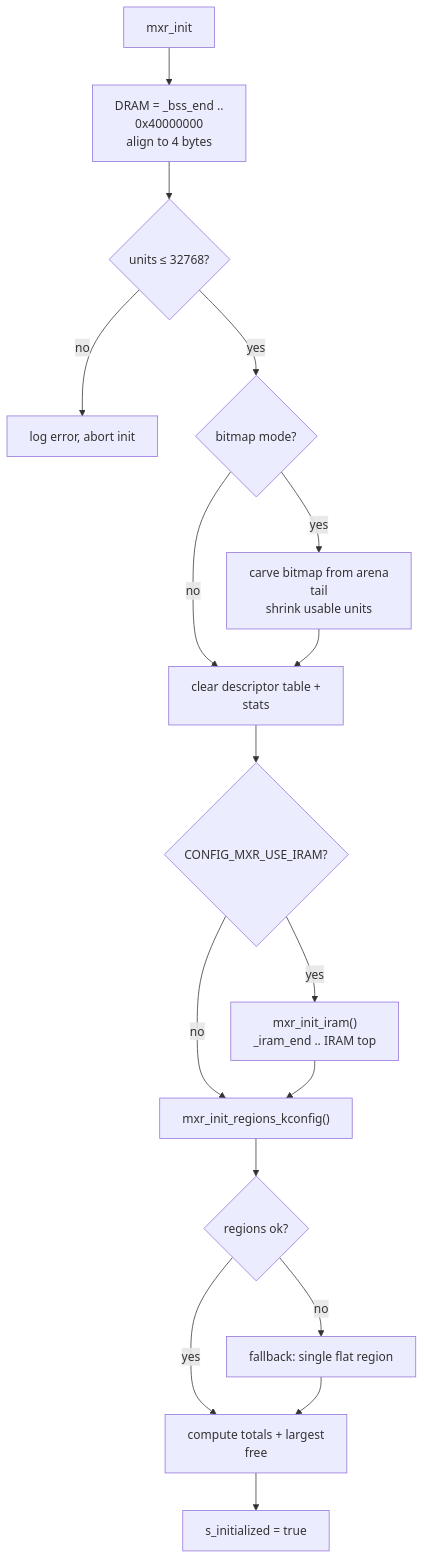
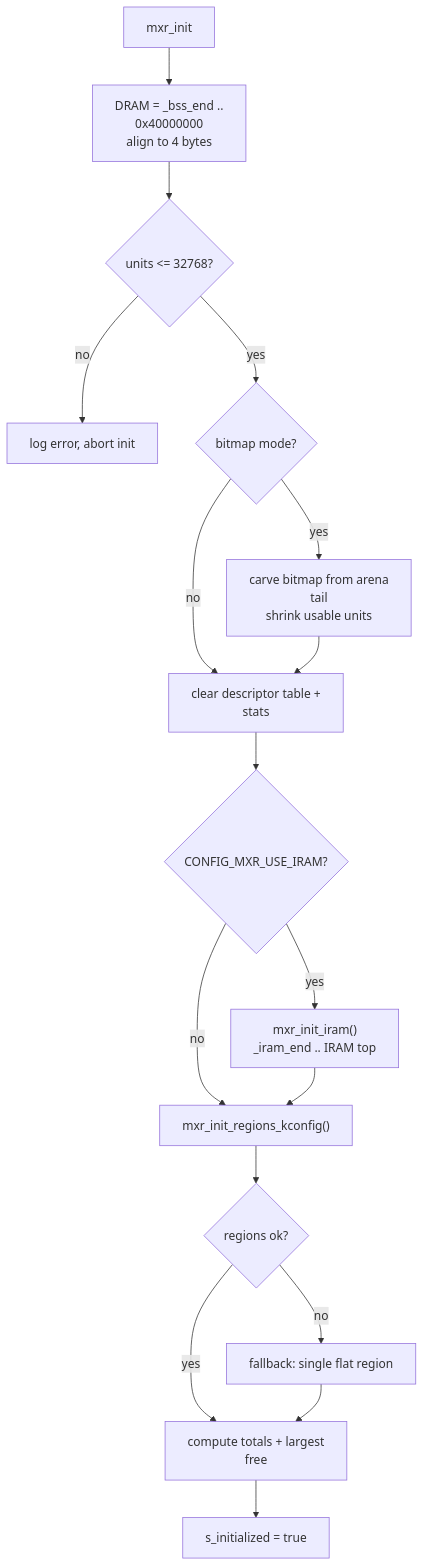
One commit to Dzantemir/MXR-MALLOC changed the fifth of 5 diagrams in README.md. Above: the diagram before and after it, drawn with Mermaid. The commit also changed other lines of this file, not shown here.

````diff
--- a/README.md
+++ b/README.md
@@ -412,33 +412,33 @@
 ```mermaid
 flowchart TD
     I["mxr_init"]
-    Bounds["DRAM = _bss_end ..<br/>0x40000000<br/>align to 4 bytes"]
-    SizeOk{"units ≤ 32768?"}
+    Bounds["DRAM = _bss_end ..<br>0x40000000<br>align to 4 bytes"]
+    SizeOk{"units <= 32768?"}
     Abort["log error, abort init"]
     Bitmap{"bitmap mode?"}
-    Carve["carve bitmap from arena<br/>tail<br/>shrink usable units"]
-    Clear["clear descriptor table +<br/>stats"]
+    Carve["carve bitmap from arena<br>tail<br>shrink usable units"]
+    Clear["clear descriptor table +<br>stats"]
     Iram{"CONFIG_MXR_USE_IRAM?"}
-    IramInit["mxr_init_iram()<br/>_iram_end .. IRAM top"]
+    IramInit["mxr_init_iram()<br>_iram_end .. IRAM top"]
     Regions["mxr_init_regions_kconfig()"]
     Ok{"regions ok?"}
-    Stats["compute totals + largest<br/>free"]
+    Stats["compute totals + largest<br>free"]
     Single["fallback: single flat region"]
     Ready["s_initialized = true"]
     I --> Bounds
     Bounds --> SizeOk
     SizeOk -->|no| Abort
     SizeOk -->|yes| Bitmap
     Bitmap -->|yes| Carve
     Bitmap -->|no| Clear
     Carve --> Clear
     Clear --> Iram
     Iram -->|yes| IramInit
     Iram -->|no| Regions
     IramInit --> Regions
     Regions --> Ok
     Ok -->|yes| Stats
     Ok -->|no| Single
     Single --> Stats
     Stats --> Ready
 ```
````
